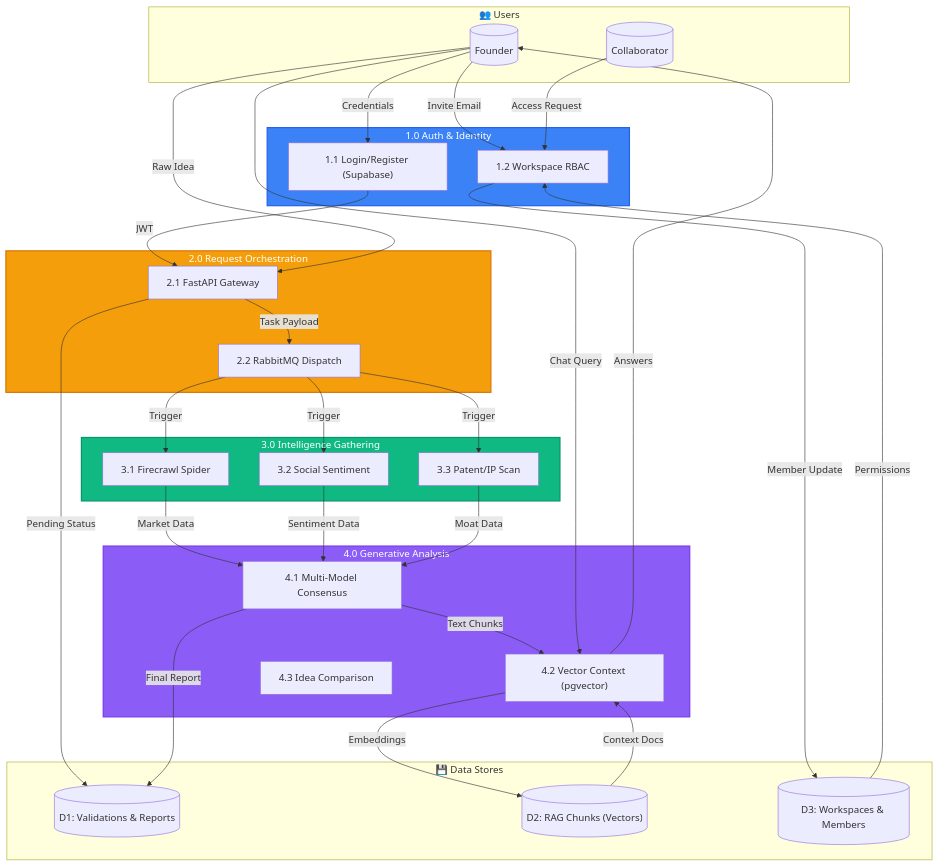
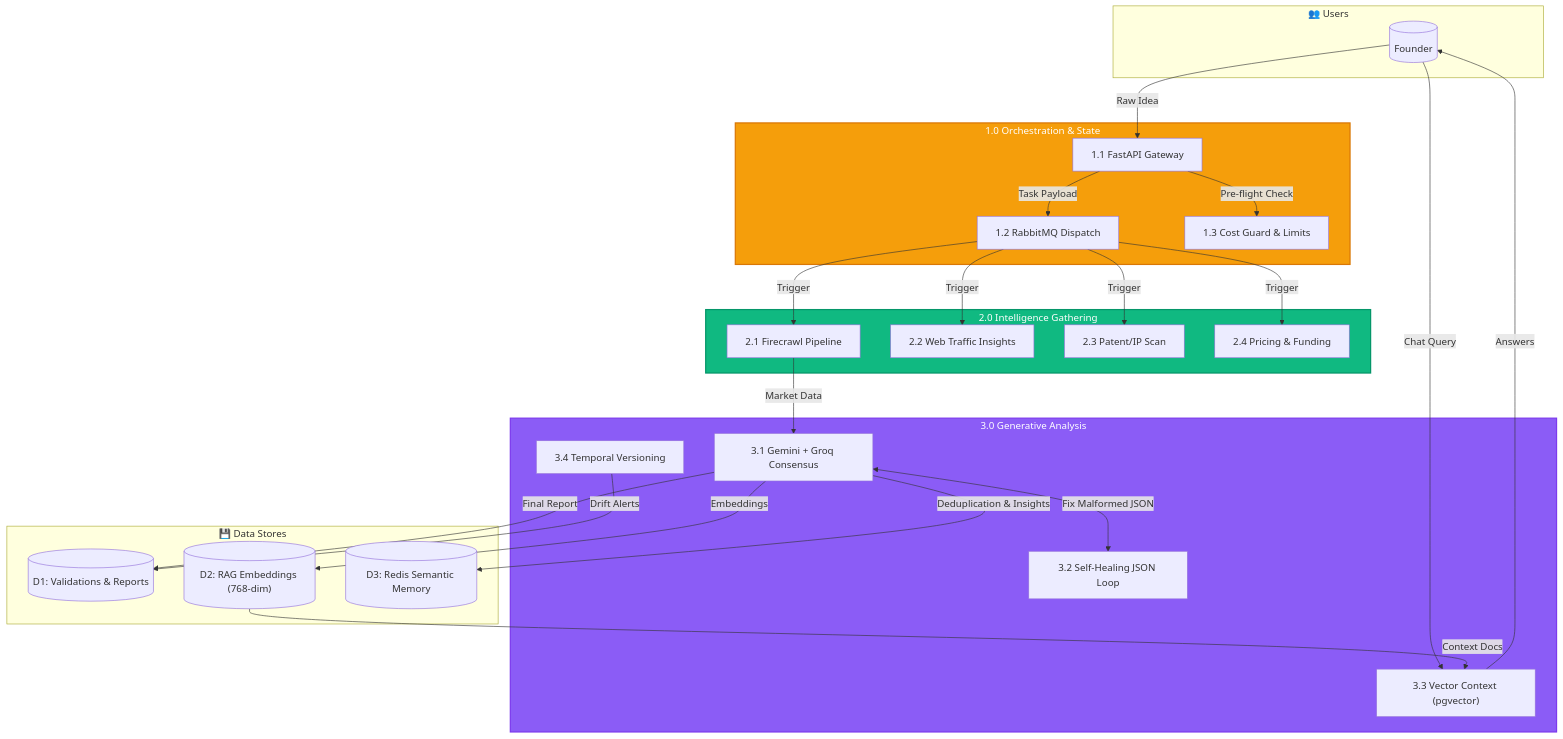
Before and after one commit to rohithuppala-code/Startup_Scope_AI: the third of 5 diagrams in README.md, drawn with Mermaid. The commit also changed other lines of this file and 1 other file, not shown here.

Commit message:
readme and architecture edits

````diff
--- a/README.md
+++ b/README.md
@@ -135,68 +136,57 @@
 ```mermaid
 flowchart TB
     subgraph Users["👥 Users"]
         Founder[("Founder")]
-        Collaborator[("Collaborator")]
     end
 
-    subgraph Auth["1.0 Auth & Identity"]
-        Login["1.1 Login/Register (Supabase)"]
-        Roles["1.2 Workspace RBAC"]
+    subgraph Orchestration["1.0 Orchestration & State"]
+        API_Gateway["1.1 FastAPI Gateway"]
+        Task_Queue["1.2 RabbitMQ Dispatch"]
+        CostGuard["1.3 Cost Guard & Limits"]
     end
 
-    subgraph Orchestration["2.0 Request Orchestration"]
-        API_Gateway["2.1 FastAPI Gateway"]
-        Task_Queue["2.2 RabbitMQ Dispatch"]
+    subgraph Intelligence["2.0 Intelligence Gathering"]
+        Scraper["2.1 Firecrawl Pipeline"]
+        TrafficEngine["2.2 Web Traffic Insights"]
+        IPEngine["2.3 Patent/IP Scan"]
+        DataPipelines["2.4 Pricing & Funding"]
     end
 
-    subgraph Intelligence["3.0 Intelligence Gathering"]
-        Scraper["3.1 Firecrawl Spider"]
-        SocialEngine["3.2 Social Sentiment"]
-        IPEngine["3.3 Patent/IP Scan"]
-    end
-
-    subgraph Analysis["4.0 Generative Analysis"]
-        Consensus["4.1 Multi-Model Consensus"]
-        RAG["4.2 Vector Context (pgvector)"]
-        Comparator["4.3 Idea Comparison"]
+    subgraph Analysis["3.0 Generative Analysis"]
+        Consensus["3.1 Gemini + Groq Consensus"]
+        SelfHeal["3.2 Self-Healing JSON Loop"]
+        RAG["3.3 Vector Context (pgvector)"]
+        Temporal["3.4 Temporal Versioning"]
     end
 
     subgraph DataStore["💾 Data Stores"]
         D1[("D1: Validations & Reports")]
-        D2[("D2: RAG Chunks (Vectors)")]
-        D3[("D3: Workspaces & Members")]
+        D2[("D2: RAG Embeddings (768-dim)")]
+        D3[("D3: Redis Semantic Memory")]
     end
 
-    Founder -->|Credentials| Login
-    Login -->|JWT| API_Gateway
-    
     Founder -->|Raw Idea| API_Gateway
-    API_Gateway -->|Pending Status| D1
+    API_Gateway -->|Pre-flight Check| CostGuard
     API_Gateway -->|Task Payload| Task_Queue
     
     Task_Queue -->|Trigger| Scraper
-    Task_Queue -->|Trigger| SocialEngine
+    Task_Queue -->|Trigger| DataPipelines
+    Task_Queue -->|Trigger| TrafficEngine
     Task_Queue -->|Trigger| IPEngine
     
     Scraper -->|Market Data| Consensus
-    SocialEngine -->|Sentiment Data| Consensus
-    IPEngine -->|Moat Data| Consensus
+    Consensus <-->|Fix Malformed JSON| SelfHeal
     
     Consensus -->|Final Report| D1
-    Consensus -->|Text Chunks| RAG
-    RAG -->|Embeddings| D2
+    Consensus -->|Embeddings| D2
+    Consensus -->|Deduplication & Insights| D3
+    Temporal -->|Drift Alerts| D1
     
     Founder -->|Chat Query| RAG
     D2 -->|Context Docs| RAG
     RAG -->|Answers| Founder
 
-    Founder -->|Invite Email| Roles
-    Roles -->|Member Update| D3
-    Collaborator -->|Access Request| Roles
-    D3 -->|Permissions| Roles
-
-    style Auth fill:#3B82F6,stroke:#2563EB,stroke-width:2px,color:#fff
     style Orchestration fill:#F59E0B,stroke:#D97706,stroke-width:2px,color:#fff
     style Intelligence fill:#10B981,stroke:#059669,stroke-width:2px,color:#fff
     style Analysis fill:#8B5CF6,stroke:#7C3AED,stroke-width:2px,color:#fff
 ```
````
